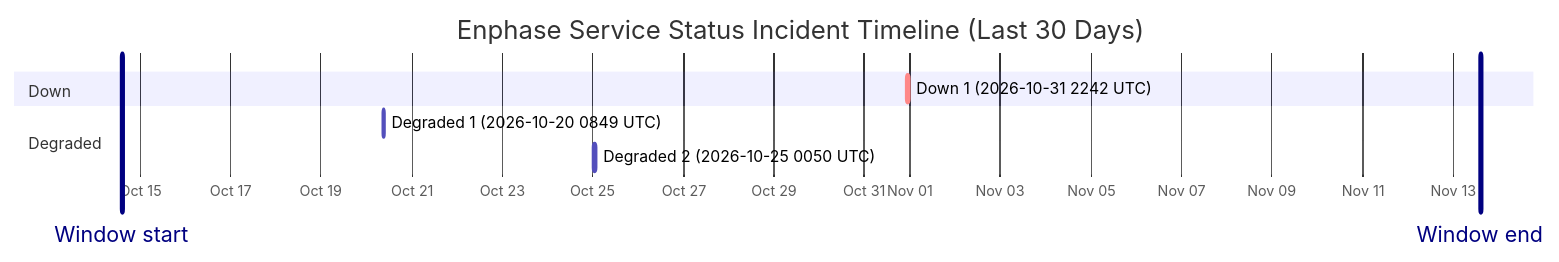
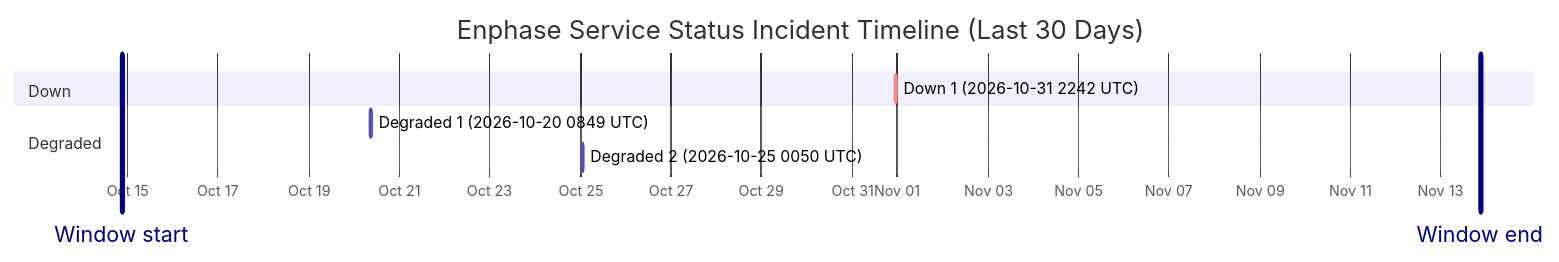
Before and after one commit to barneyonline/ha-enphase-energy: the diagram in wiki/Service-Status-History.md, drawn with Mermaid. The commit also changed other lines of this file and 3 other files, not shown here.

````diff
--- a/wiki/Service-Status-History.md
+++ b/wiki/Service-Status-History.md
@@ -14,13 +14,13 @@
 ```mermaid
 gantt
     title Enphase Service Status Incident Timeline (Last 30 Days)
     dateFormat  YYYY-MM-DDTHH:mm:ss
     axisFormat  %b %d
-    Window start :vert, window-start, 2026-10-14T14:25:56, 0ms
-    Window end :vert, window-end, 2026-11-13T14:25:56, 0ms
+    Window start :vert, window-start, 2026-10-14T20:56:46, 0ms
+    Window end :vert, window-end, 2026-11-13T20:56:46, 0ms
     section Down
     Down 1 (2026-10-31 2242 UTC) :crit, down-1, 2026-10-31T22:42:18, 60m
     section Degraded
     Degraded 1 (2026-10-20 0849 UTC) :active, degraded-1, 2026-10-20T08:49:49, 60m
     Degraded 2 (2026-10-25 0050 UTC) :active, degraded-2, 2026-10-25T00:50:01, 60m
 ```
````
